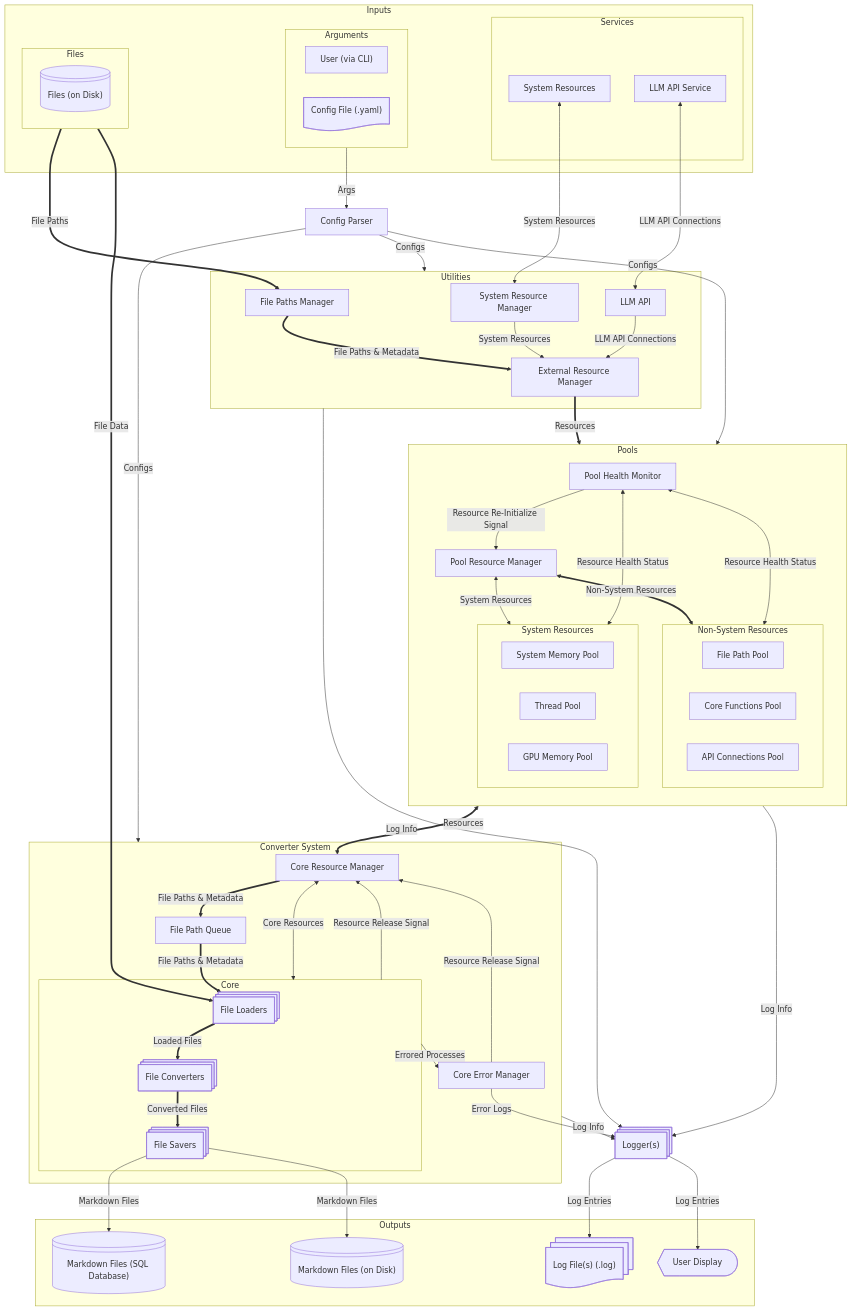
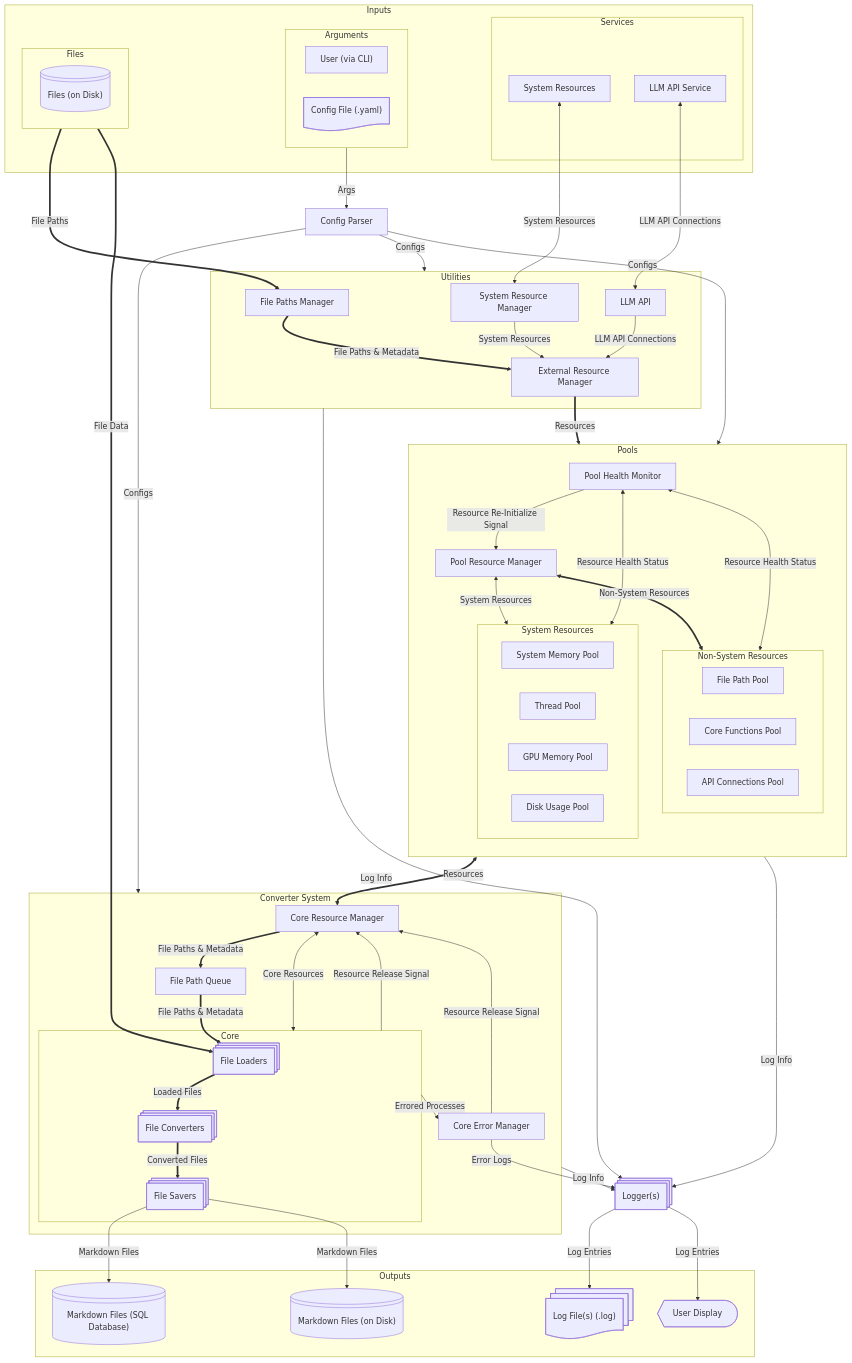
Before and after one commit to the-ride-never-ends/convert_to_txt_based_on_mime_type: the fourth of 5 diagrams in docs/SAD.md, drawn with Mermaid. The commit also changed other lines of this file and 4 other files, not shown here.

````diff
--- a/docs/SAD.md
+++ b/docs/SAD.md
@@ -210,6 +210,7 @@
             RAM
             thread_pool
             VRAM
+            disk_pool
         end
     end
 
@@ -234,13 +235,10 @@
     SystemResourceManager --> |System Resources| ExternalResourceManager
     LlmApiManager --> |LLM API Connections| ExternalResourceManager
     PathManager ==> |File Paths & Metadata| ExternalResourceManager
-    
-
 
     files ==> |File Paths| PathManager
     files ==> |File Data| FileLoader
 
-    
     ExternalResourceManager ==> |Resources| PoolResourceManager
 
     PoolResourceManager <==> |Non-System Resources| non_system_resources
@@ -315,5 +313,6 @@
     path_pool[File Path Pool]
     thread_pool[Thread Pool]
     func_pool[Core Functions Pool]
+    disk_pool[Disk Usage Pool]
 
 ```
````
